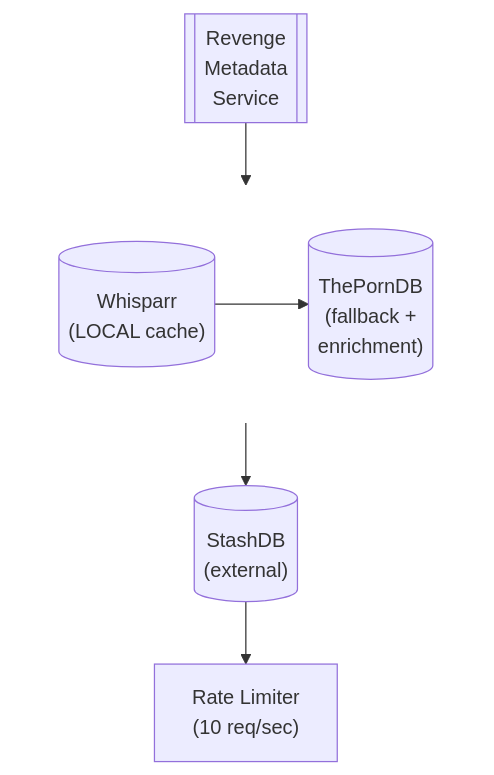
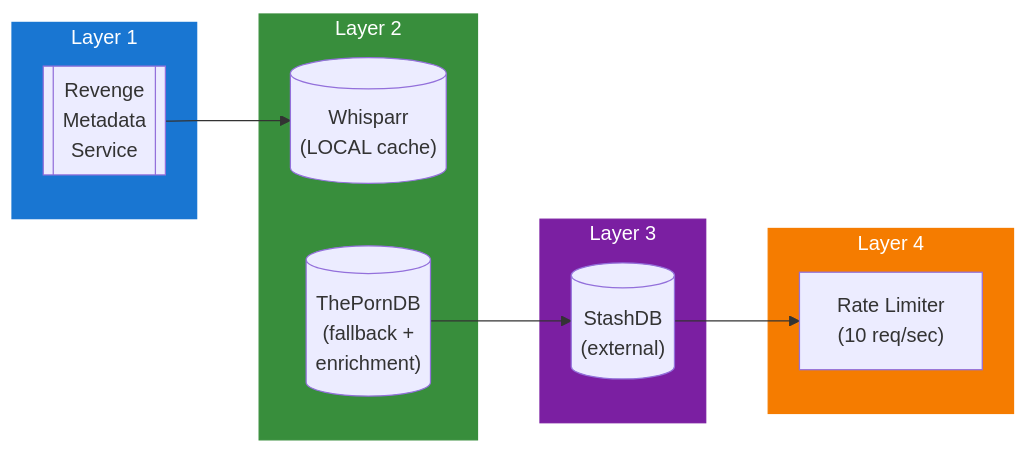
One commit to lusoris/revenge changed the diagram in docs/dev/design/integrations/metadata/adult/THEPORNDB.md. Above: the diagram before and after it, drawn with Mermaid. The commit also changed 215 other files, not shown here.

First line of the commit message:
feat(diagrams): convert all ASCII diagrams to Mermaid with LR subgraphs

````diff
--- a/docs/dev/design/integrations/metadata/adult/THEPORNDB.md
+++ b/docs/dev/design/integrations/metadata/adult/THEPORNDB.md
@@ -61,18 +61,30 @@
 ```mermaid
-flowchart TD
-    node1[["Revenge<br/>Metadata<br/>Service"]]
-    subgraph row1[ ]
-        direction LR
+flowchart LR
+    subgraph Layer1["Layer 1"]
+        node1[["Revenge<br/>Metadata<br/>Service"]]
+    end
+
+    subgraph Layer2["Layer 2"]
         node2[("Whisparr<br/>(LOCAL cache)")]
         node3[("ThePornDB<br/>(fallback +<br/>enrichment)")]
     end
-    node4[("StashDB<br/>(external)")]
-    node5["Rate Limiter<br/>(10 req/sec)"]
-    node2 --> node3
+
+    subgraph Layer3["Layer 3"]
+        node4[("StashDB<br/>(external)")]
+    end
+
+    subgraph Layer4["Layer 4"]
+        node5["Rate Limiter<br/>(10 req/sec)"]
+    end
+
+    %% Connections
     node1 --> node2
     node3 --> node4
     node4 --> node5
 
-    %% Hide row subgraph borders
-    style row1 fill:transparent,stroke:transparent
+    %% Styling
+    style Layer1 fill:#1976D2,stroke:#1976D2,color:#fff
+    style Layer2 fill:#388E3C,stroke:#388E3C,color:#fff
+    style Layer3 fill:#7B1FA2,stroke:#7B1FA2,color:#fff
+    style Layer4 fill:#F57C00,stroke:#F57C00,color:#fff
 ```
````
